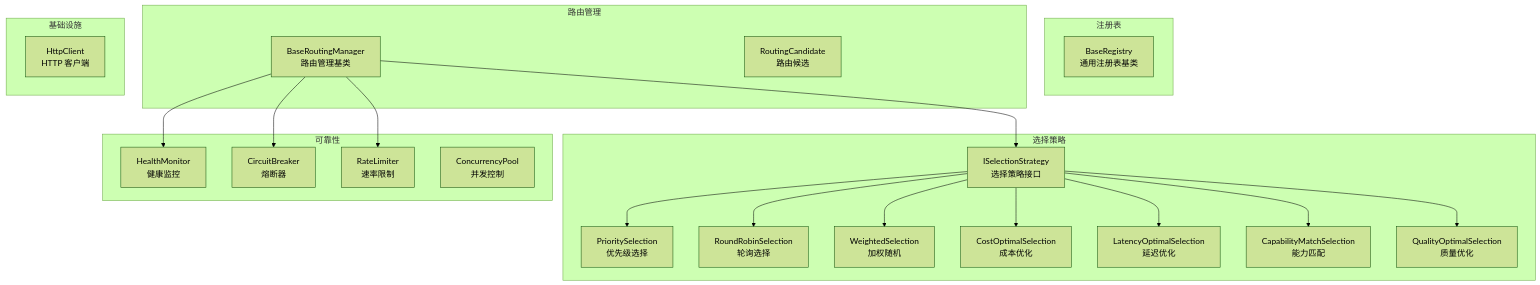
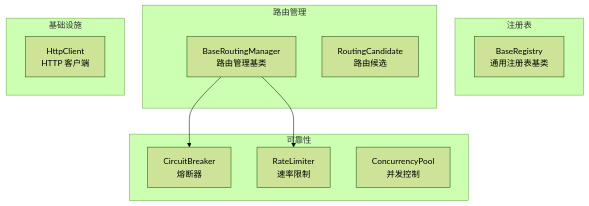
The diagram in packages/neko-agent/packages/platform/src/core/README.md (OpenNekoPaw/neko-suite), drawn with Mermaid (forest theme) before and after one commit. The commit also changed other lines of this file and 18 other files, not shown here.

````diff
--- a/packages/neko-agent/packages/platform/src/core/README.md
+++ b/packages/neko-agent/packages/platform/src/core/README.md
@@ -11,46 +11,24 @@
 ```mermaid
 graph TB
     subgraph "注册表"
         Registry[BaseRegistry<br/>通用注册表基类]
-    end
-
-    subgraph "选择策略"
-        Strategy[ISelectionStrategy<br/>选择策略接口]
-        Priority[PrioritySelection<br/>优先级选择]
-        RoundRobin[RoundRobinSelection<br/>轮询选择]
-        Weighted[WeightedSelection<br/>加权随机]
-        Cost[CostOptimalSelection<br/>成本优化]
-        Latency[LatencyOptimalSelection<br/>延迟优化]
-        Capability[CapabilityMatchSelection<br/>能力匹配]
-        Quality[QualityOptimalSelection<br/>质量优化]
     end
 
     subgraph "路由管理"
         Router[BaseRoutingManager<br/>路由管理基类]
         Candidate[RoutingCandidate<br/>路由候选]
     end
 
     subgraph "可靠性"
-        Health[HealthMonitor<br/>健康监控]
         Circuit[CircuitBreaker<br/>熔断器]
         RateLimit[RateLimiter<br/>速率限制]
         Concurrency[ConcurrencyPool<br/>并发控制]
     end
 
     subgraph "基础设施"
         HttpClient[HttpClient<br/>HTTP 客户端]
     end
 
-    Strategy --> Priority
-    Strategy --> RoundRobin
-    Strategy --> Weighted
-    Strategy --> Cost
-    Strategy --> Latency
-    Strategy --> Capability
-    Strategy --> Quality
-
-    Router --> Strategy
-    Router --> Health
     Router --> Circuit
     Router --> RateLimit
 ```
````
